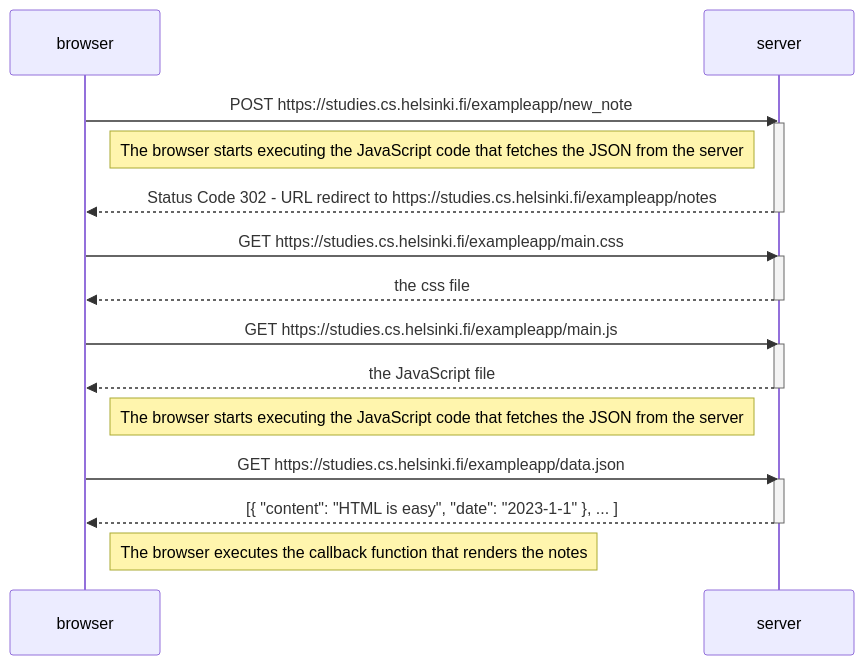
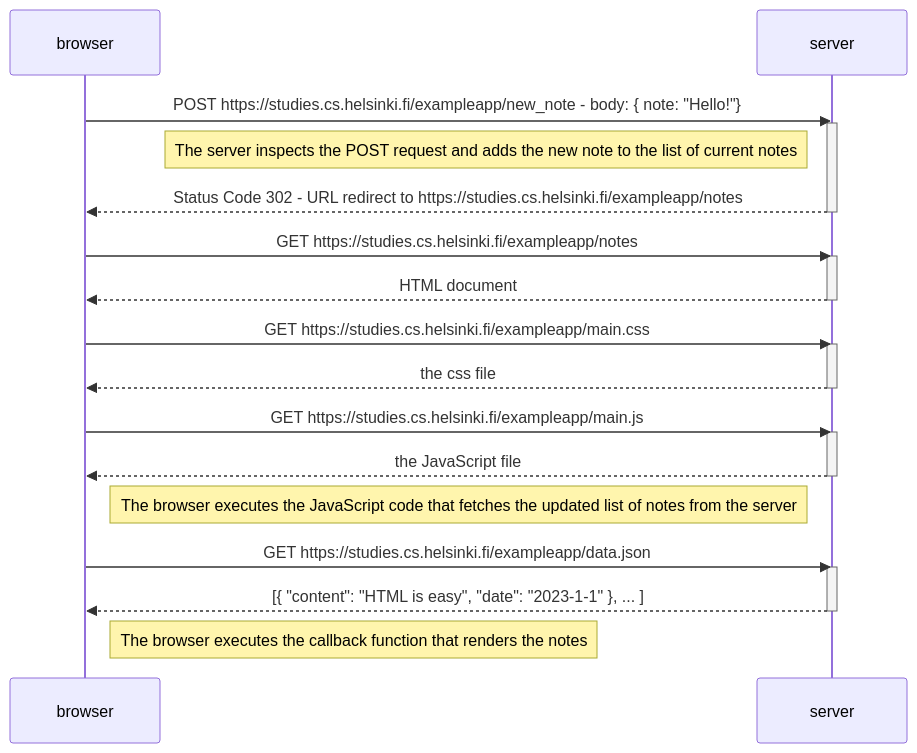
Before and after one commit to paternostrox/Helsinki-Exercices: the diagram in 0-4/diagram.md, drawn with Mermaid.

Commit message:
Exercise 0-4 part2

````diff
--- a/0-4/diagram.md
+++ b/0-4/diagram.md
@@ -1,30 +1,35 @@
 ```mermaid
     sequenceDiagram
         participant browser
         participant server
 
-        browser->>server: POST https://studies.cs.helsinki.fi/exampleapp/new_note
+        browser->>server: POST https://studies.cs.helsinki.fi/exampleapp/new_note - body: { note: "Hello!"} 
         activate server
-        Note left of server: The browser starts executing the JavaScript code that fetches the JSON from the server
+        Note left of server: The server inspects the POST request and adds the new note to the list of current notes
         server-->>browser: Status Code 302 - URL redirect to https://studies.cs.helsinki.fi/exampleapp/notes
+        deactivate server
+
+        browser->>server: GET https://studies.cs.helsinki.fi/exampleapp/notes
+        activate server
+        server-->>browser: HTML document
         deactivate server
 
         browser->>server: GET https://studies.cs.helsinki.fi/exampleapp/main.css
         activate server
         server-->>browser: the css file
         deactivate server
 
         browser->>server: GET https://studies.cs.helsinki.fi/exampleapp/main.js
         activate server
         server-->>browser: the JavaScript file
         deactivate server
 
-        Note right of browser: The browser starts executing the JavaScript code that fetches the JSON from the server
+        Note right of browser: The browser executes the JavaScript code that fetches the updated list of notes from the server
 
         browser->>server: GET https://studies.cs.helsinki.fi/exampleapp/data.json
         activate server
         server-->>browser: [{ "content": "HTML is easy", "date": "2023-1-1" }, ... ]
         deactivate server
 
         Note right of browser: The browser executes the callback function that renders the notes
 ```
````
